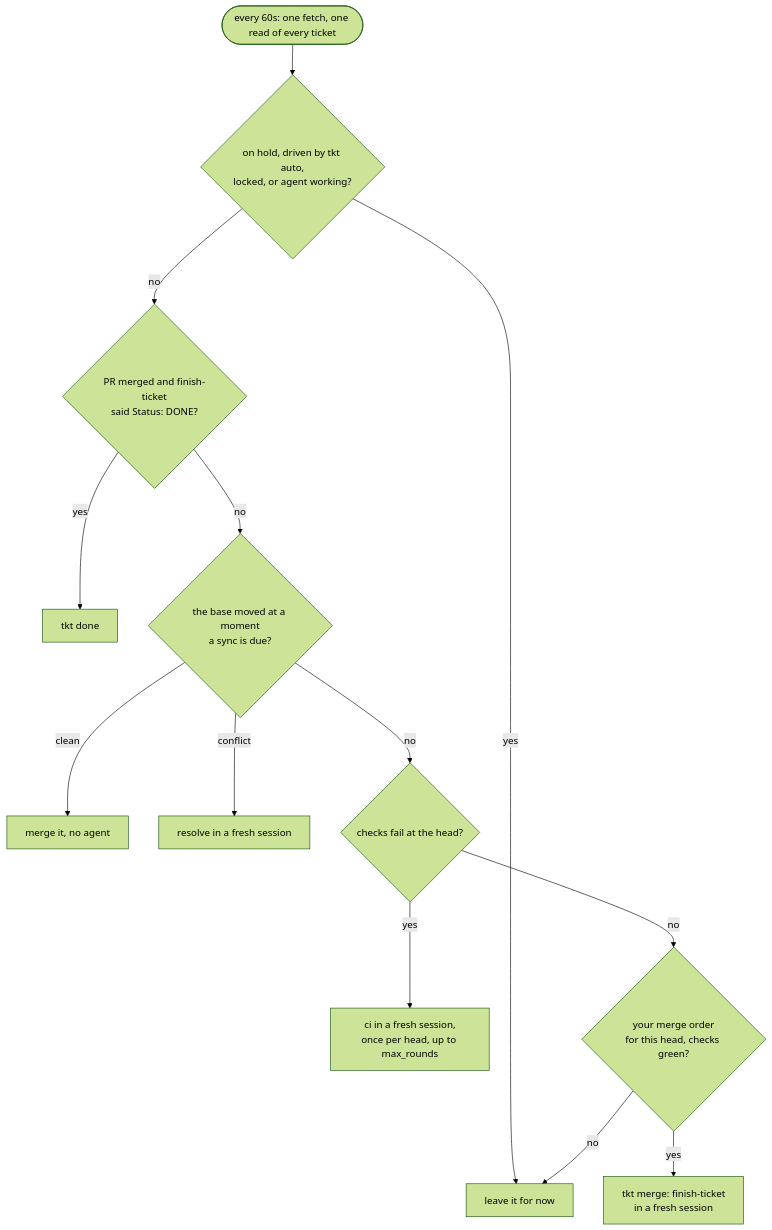
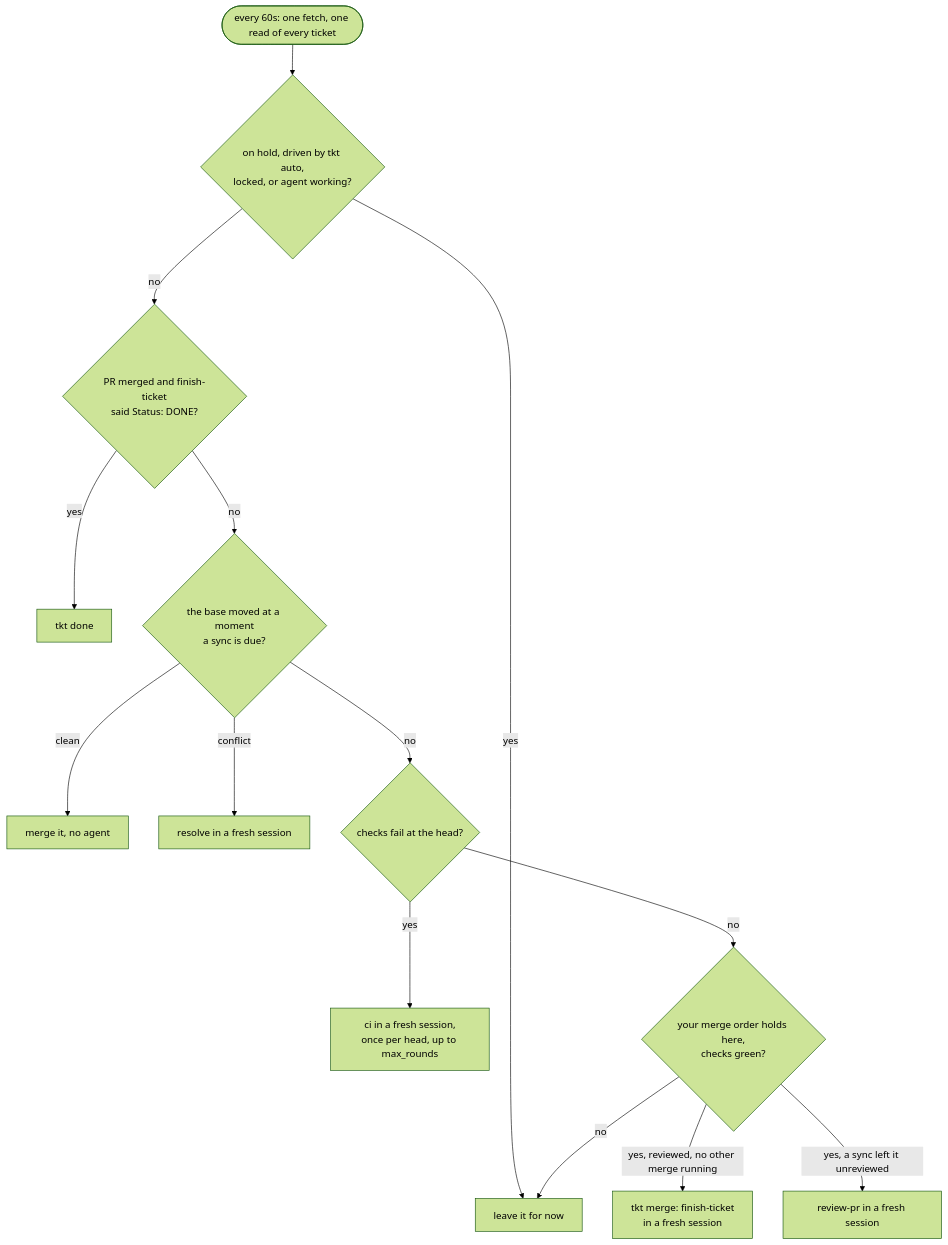
Before and after one commit to rogsme/tkt: the fifth of 7 diagrams in docs/lifecycle.md, drawn with Mermaid (forest theme). The commit also changed other lines of this file and 33 other files, not shown here.

````diff
--- a/docs/lifecycle.md
+++ b/docs/lifecycle.md
@@ -245,15 +260,16 @@
 ```mermaid
 flowchart TD
   pass(["every 60s: one fetch, one read of every ticket"]) --> skip{"on hold, driven by tkt auto,<br/>locked, or agent working?"}
   skip -->|yes| leave["leave it for now"]
   skip -->|no| merged{"PR merged and finish-ticket<br/>said Status: DONE?"}
   merged -->|yes| done["tkt done"]
   merged -->|no| behind{"the base moved at a moment<br/>a sync is due?"}
   behind -->|clean| sync["merge it, no agent"]
   behind -->|conflict| resolve["resolve in a fresh session"]
   behind -->|no| ci{"checks fail at the head?"}
   ci -->|yes| fix["ci in a fresh session,<br/>once per head, up to max_rounds"]
-  ci -->|no| order{"your merge order<br/>for this head, checks green?"}
-  order -->|yes| merge["tkt merge: finish-ticket<br/>in a fresh session"]
+  ci -->|no| order{"your merge order holds here,<br/>checks green?"}
+  order -->|"yes, reviewed, no other merge running"| merge["tkt merge: finish-ticket<br/>in a fresh session"]
+  order -->|"yes, a sync left it unreviewed"| review["review-pr in a fresh session"]
   order -->|no| leave
 ```
````
